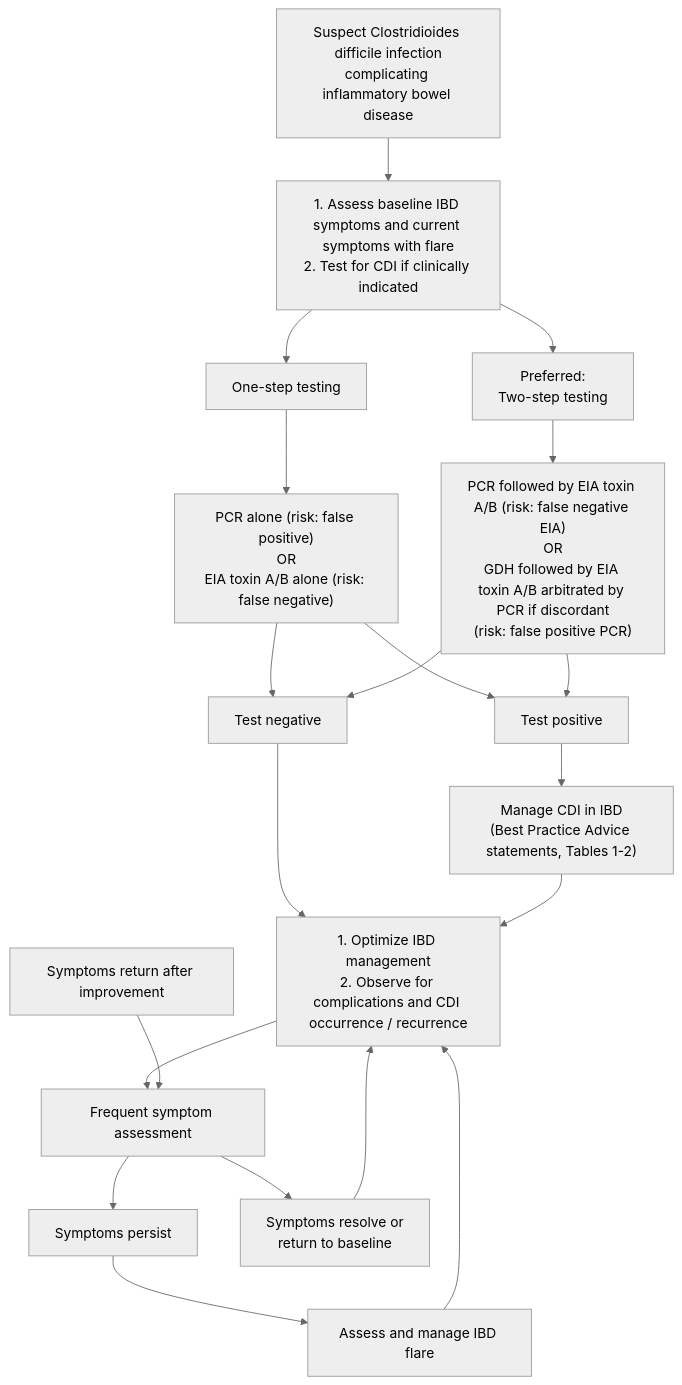
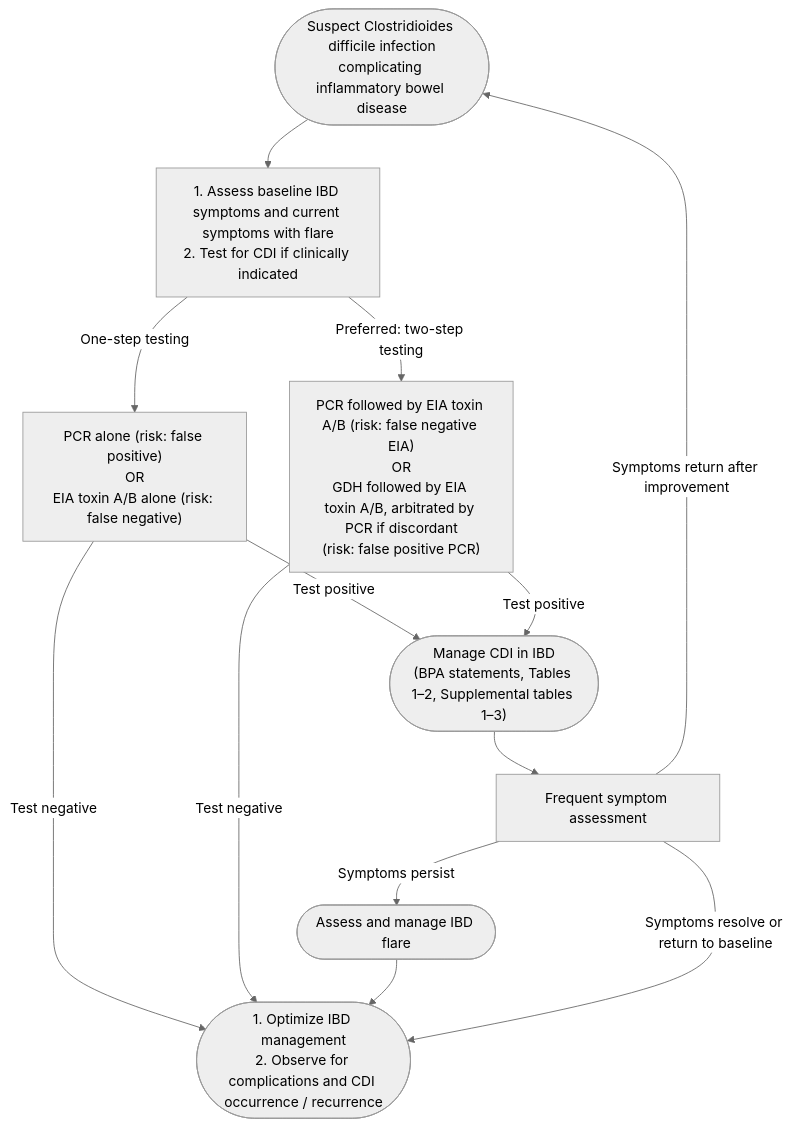
The diagram in KHNL-GI-Wiki/wiki/sources/aga-2026-cdiff-ibd.md (KHNickLeMD/KHNL-GI-Wiki), drawn with Mermaid (neutral theme) before and after one commit. The commit also changed other lines of this file and 21 other files, not shown here.

````diff
--- a/KHNL-GI-Wiki/wiki/sources/aga-2026-cdiff-ibd.md
+++ b/KHNL-GI-Wiki/wiki/sources/aga-2026-cdiff-ibd.md
@@ -121,22 +123,18 @@
 ```mermaid
 flowchart TD
-    A["Suspect Clostridioides difficile infection<br/>complicating inflammatory bowel disease"] --> B["1. Assess baseline IBD symptoms and current symptoms with flare<br/>2. Test for CDI if clinically indicated"]
-    B --> C["One-step testing"]
-    B --> D["Preferred:<br/>Two-step testing"]
-    C --> C1["PCR alone (risk: false positive)<br/>OR<br/>EIA toxin A/B alone (risk: false negative)"]
-    D --> D1["PCR followed by EIA toxin A/B (risk: false negative EIA)<br/>OR<br/>GDH followed by EIA toxin A/B arbitrated by PCR if discordant<br/>(risk: false positive PCR)"]
-    C1 --> E["Test positive"]
-    C1 --> F["Test negative"]
-    D1 --> E
-    D1 --> F
-    E --> G["Manage CDI in IBD<br/>(Best Practice Advice statements, Tables 1-2)"]
-    F --> H["1. Optimize IBD management<br/>2. Observe for complications and CDI occurrence / recurrence"]
-    G --> H
-    H --> I["Frequent symptom assessment"]
-    I --> J["Symptoms persist"]
-    I --> K["Symptoms resolve or<br/>return to baseline"]
-    J --> L["Assess and manage IBD flare"]
+    A(["Suspect Clostridioides difficile infection<br/>complicating inflammatory bowel disease"]) --> B["1. Assess baseline IBD symptoms and current symptoms with flare<br/>2. Test for CDI if clinically indicated"]
+    B -- "One-step testing" --> C["PCR alone (risk: false positive)<br/>OR<br/>EIA toxin A/B alone (risk: false negative)"]
+    B -- "Preferred: two-step testing" --> D["PCR followed by EIA toxin A/B (risk: false negative EIA)<br/>OR<br/>GDH followed by EIA toxin A/B, arbitrated by PCR if discordant<br/>(risk: false positive PCR)"]
+    C -- "Test positive" --> G(["Manage CDI in IBD<br/>(BPA statements, Tables 1–2, Supplemental tables 1–3)"])
+    D -- "Test positive" --> G
+    C -- "Test negative" --> H(["1. Optimize IBD management<br/>2. Observe for complications and CDI occurrence / recurrence"])
+    D -- "Test negative" --> H
+    G --> I["Frequent symptom assessment"]
+    I -- "Symptoms persist" --> L(["Assess and manage IBD flare"])
     L --> H
-    K --> H
-    M["Symptoms return after improvement"] --> I
+    I -- "Symptoms resolve or return to baseline" --> H
+    I -- "Symptoms return after improvement" --> A
+    class A start
+    class B,C,D,I test
+    class G,H,L act
 ```
````
